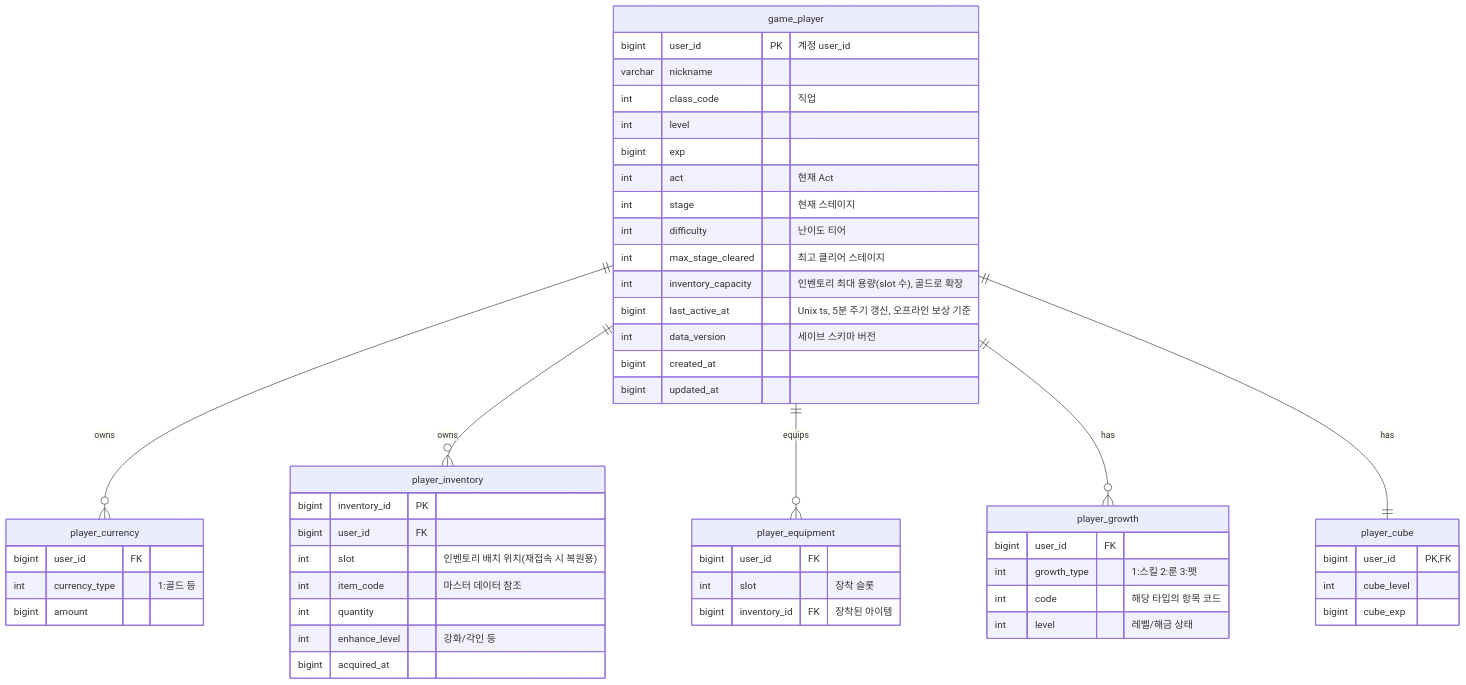
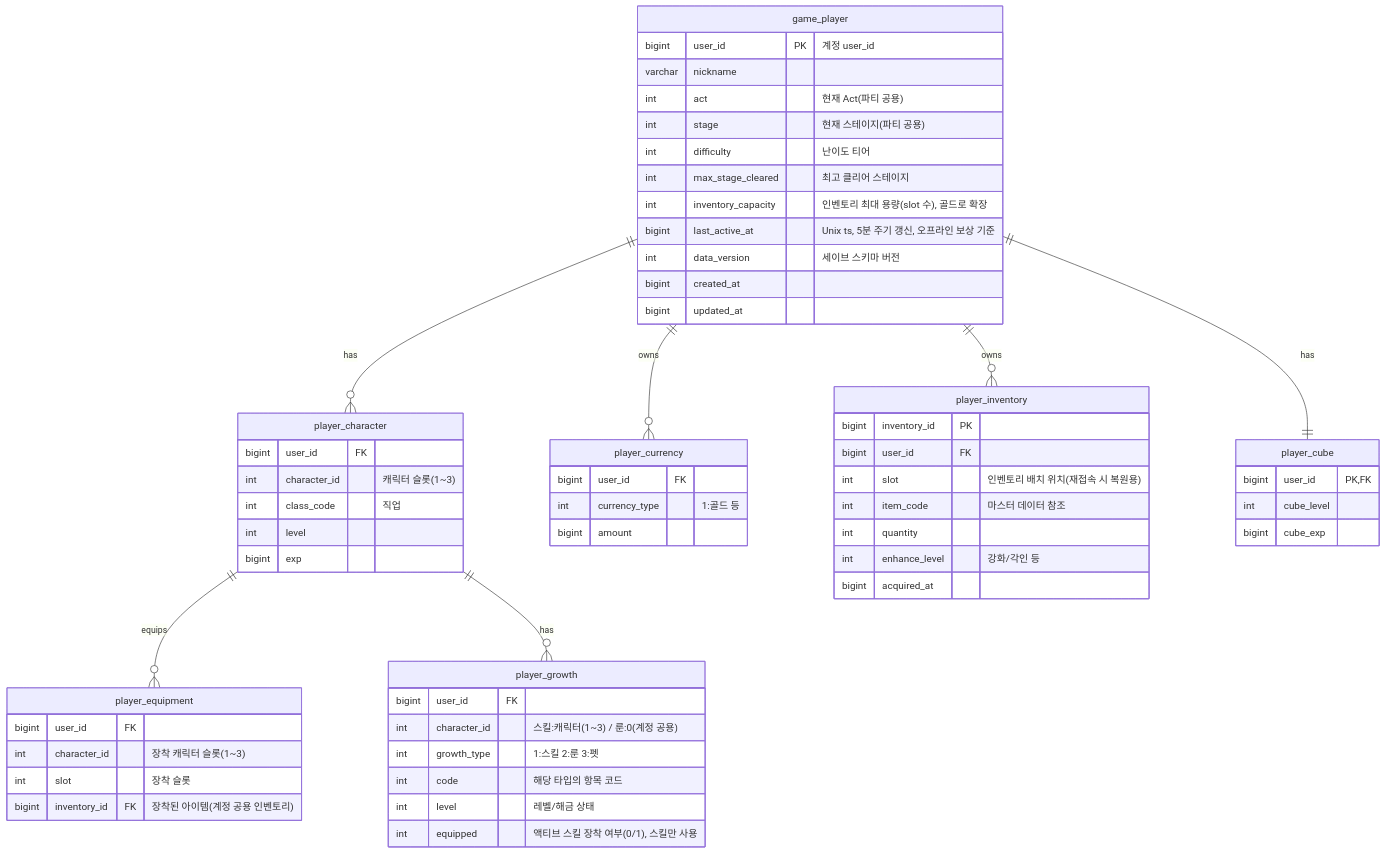
One commit to ks-wook/com2us-taskbar-hero changed the diagram in docs/세부/save-data-기획서.md. Above: the diagram before and after it, drawn with Mermaid. The commit also changed other lines of this file and 6 other files, not shown here.

````diff
--- a/docs/세부/save-data-기획서.md
+++ b/docs/세부/save-data-기획서.md
@@ -30,60 +30,69 @@
 ```mermaid
 erDiagram
-    game_player     ||--o{ player_currency  : owns
-    game_player     ||--o{ player_inventory : owns
-    game_player     ||--o{ player_equipment : equips
-    game_player     ||--o{ player_growth    : has
-    game_player     ||--|| player_cube      : has
+    game_player      ||--o{ player_character : has
+    game_player      ||--o{ player_currency  : owns
+    game_player      ||--o{ player_inventory : owns
+    game_player      ||--|| player_cube      : has
+    player_character ||--o{ player_equipment : equips
+    player_character ||--o{ player_growth    : has
 
     game_player {
         bigint  user_id PK "계정 user_id"
         varchar nickname
-        int     class_code "직업"
-        int     level
-        bigint  exp
-        int     act "현재 Act"
-        int     stage "현재 스테이지"
+        int     act "현재 Act(파티 공용)"
+        int     stage "현재 스테이지(파티 공용)"
         int     difficulty "난이도 티어"
         int     max_stage_cleared "최고 클리어 스테이지"
         int     inventory_capacity "인벤토리 최대 용량(slot 수), 골드로 확장"
         bigint  last_active_at "Unix ts, 5분 주기 갱신, 오프라인 보상 기준"
         int     data_version "세이브 스키마 버전"
         bigint  created_at
         bigint  updated_at
+    }
+
+    player_character {
+        bigint  user_id FK
+        int     character_id "캐릭터 슬롯(1~3)"
+        int     class_code "직업"
+        int     level
+        bigint  exp
     }
 
     player_currency {
         bigint  user_id FK
         int     currency_type "1:골드 등"
         bigint  amount
     }
 
     player_inventory {
         bigint  inventory_id PK
         bigint  user_id FK
         int     slot "인벤토리 배치 위치(재접속 시 복원용)"
         int     item_code "마스터 데이터 참조"
         int     quantity
         int     enhance_level "강화/각인 등"
         bigint  acquired_at
     }
 
     player_equipment {
         bigint  user_id FK
+        int     character_id "장착 캐릭터 슬롯(1~3)"
         int     slot "장착 슬롯"
-        bigint  inventory_id FK "장착된 아이템"
+        bigint  inventory_id FK "장착된 아이템(계정 공용 인벤토리)"
     }
 
     player_growth {
         bigint  user_id FK
+        int     character_id "스킬:캐릭터(1~3) / 룬:0(계정 공용)"
         int     growth_type "1:스킬 2:룬 3:펫"
         int     code "해당 타입의 항목 코드"
         int     level "레벨/해금 상태"
+        int     equipped "액티브 스킬 장착 여부(0/1), 스킬만 사용"
     }
 
     player_cube {
         bigint  user_id PK,FK
         int     cube_level
         bigint  cube_exp
     }
 ```
````
